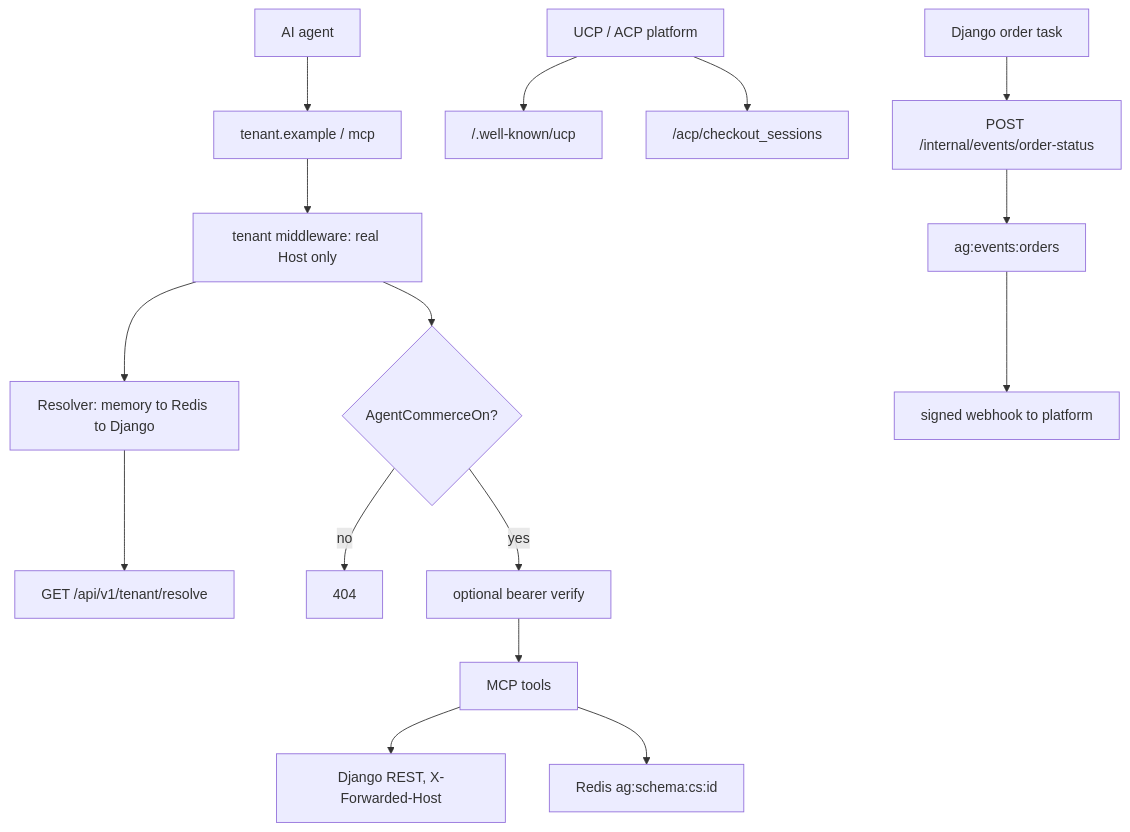
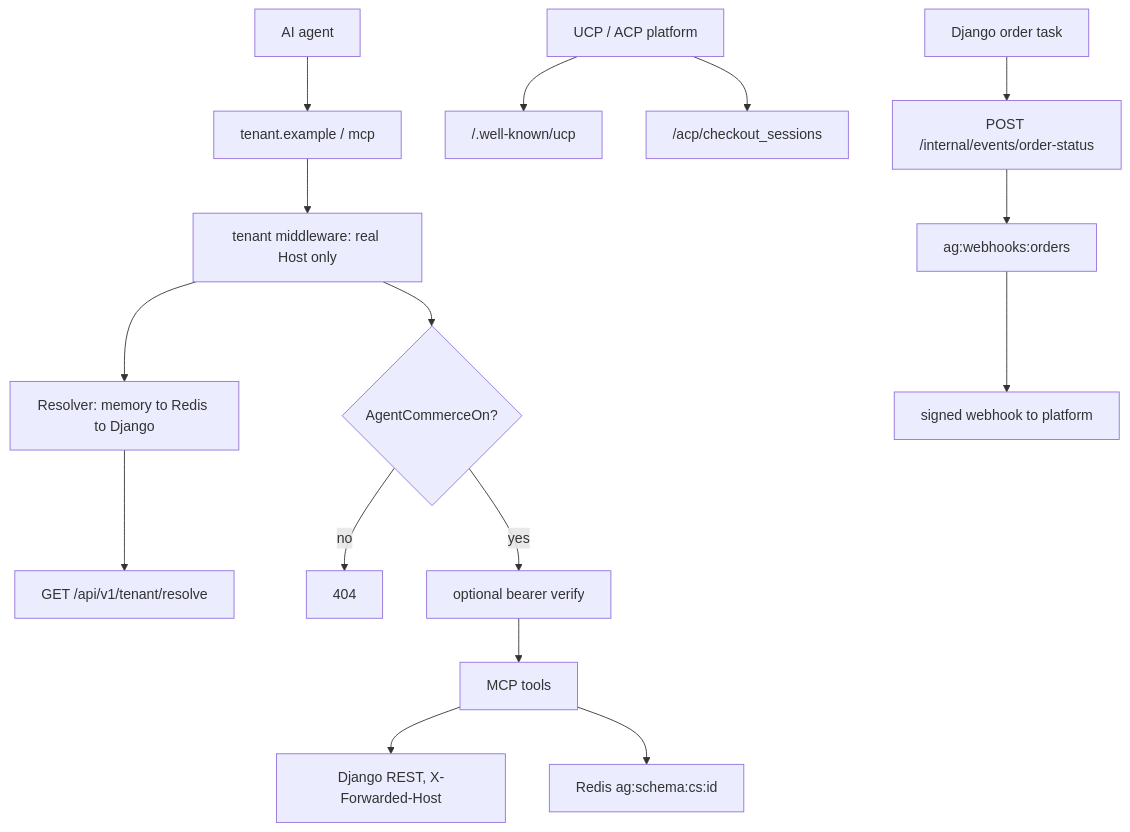
The diagram in src/dev/flows/agentic-commerce.md (vasilistotskas/grooveshop-docs), drawn with Mermaid before and after one commit. The commit also changed other lines of this file, not shown here.

First line of the commit message:
docs(gateway): order webhooks route through the order link, RFC 9421 ES256

````diff
--- a/src/dev/flows/agentic-commerce.md
+++ b/src/dev/flows/agentic-commerce.md
@@ -25,19 +25,19 @@
 ```mermaid
 flowchart TD
   Agent["AI agent"] --> Host["tenant.example / mcp"]
   Host --> MW["tenant middleware: real Host only"]
   MW --> Res["Resolver: memory to Redis to Django"]
   Res --> Django["GET /api/v1/tenant/resolve"]
   MW --> Gate{"AgentCommerceOn?"}
   Gate -- "no" --> NF["404"]
   Gate -- "yes" --> Ident["optional bearer verify"]
   Ident --> Tools["MCP tools"]
   Tools --> API["Django REST, X-Forwarded-Host"]
   Tools --> Sess["Redis ag:schema:cs:id"]
 
   Platform["UCP / ACP platform"] --> Profile["/.well-known/ucp"]
   Platform --> ACP["/acp/checkout_sessions"]
   DJ["Django order task"] --> Int["POST /internal/events/order-status"]
-  Int --> Queue["ag:events:orders"]
+  Int --> Queue["ag:webhooks:orders"]
   Queue --> Hook["signed webhook to platform"]
 ```
````
